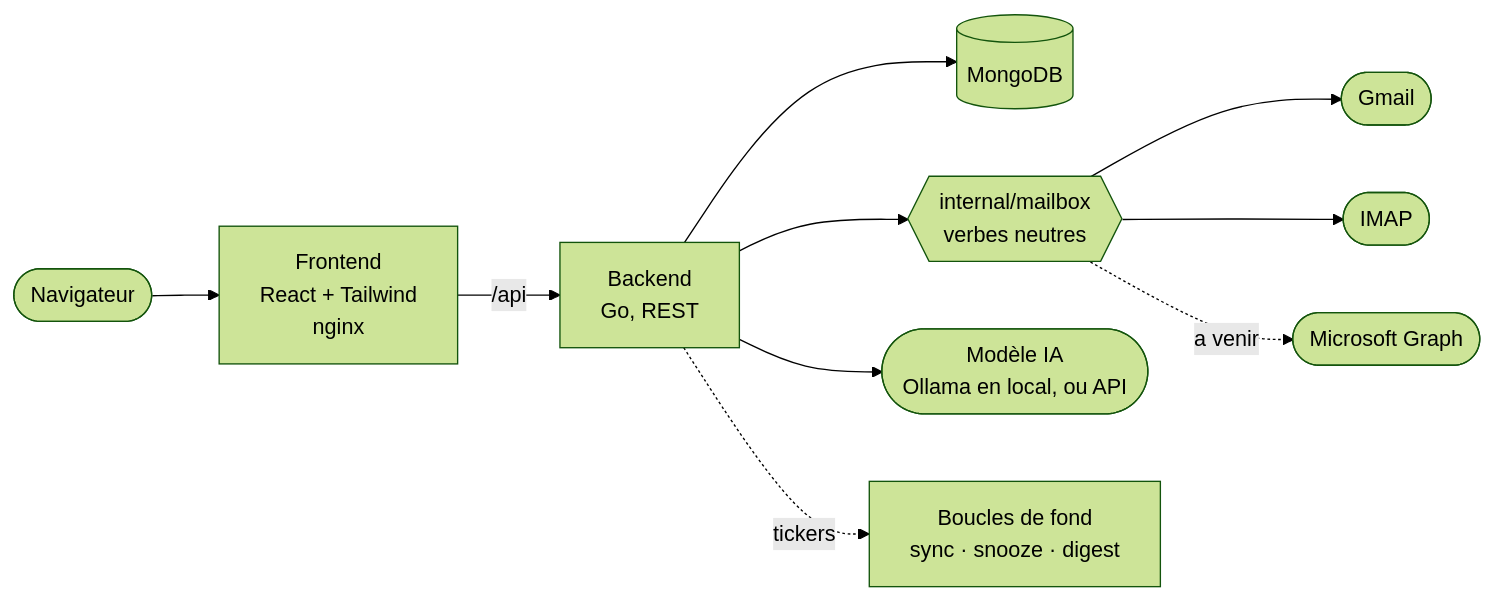
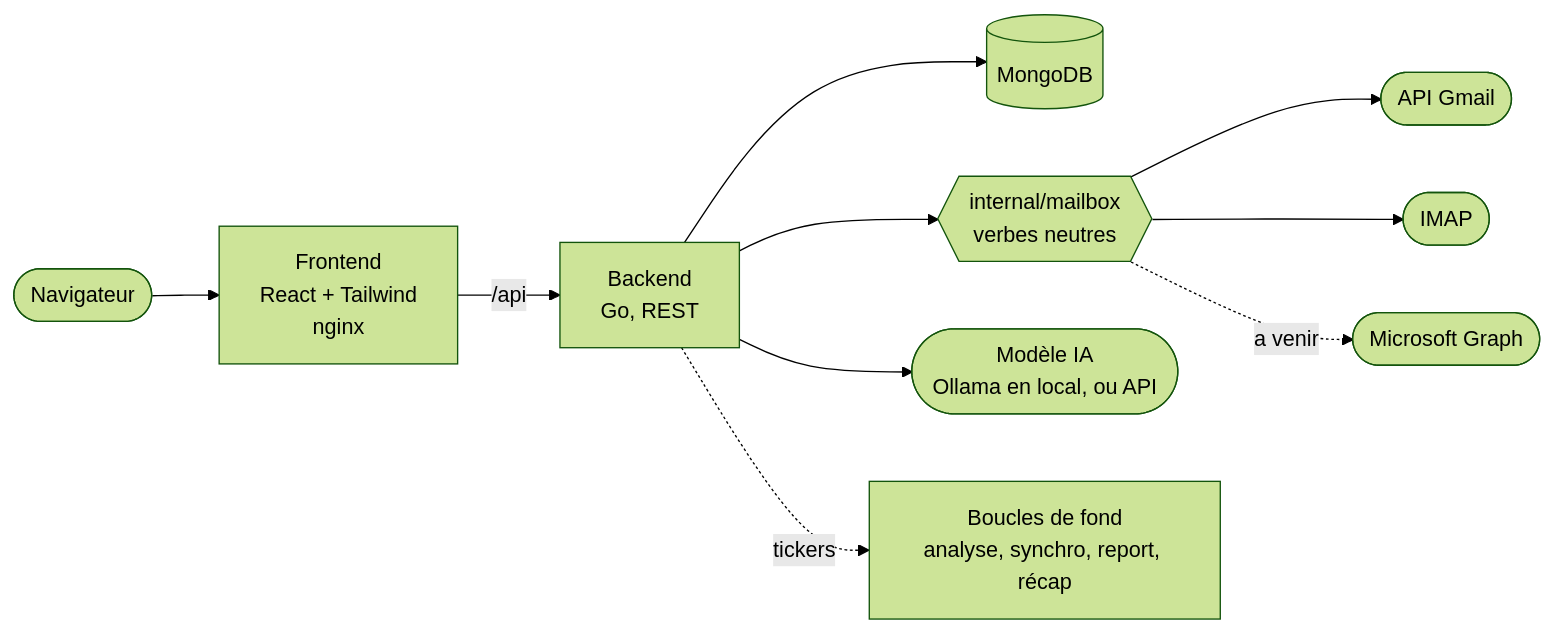
The diagram in README.md (nohe-sohbi/Mailsorter), drawn with Mermaid (forest theme) before and after one commit. The commit also changed other lines of this file and 119 other files, not shown here.

````diff
--- a/README.md
+++ b/README.md
@@ -201,12 +237,12 @@
 ```mermaid
 flowchart LR
   U([Navigateur]) --> F["Frontend<br/>React + Tailwind<br/>nginx"]
   F -->|"/api"| B["Backend<br/>Go, REST"]
   B --> M[("MongoDB")]
   B --> X{{"internal/mailbox<br/>verbes neutres"}}
-  X --> G([Gmail])
+  X --> G([API Gmail])
   X --> I([IMAP])
   X -.->|a venir| GR([Microsoft Graph])
   B --> AI(["Modèle IA<br/>Ollama en local, ou API"])
-  B -.->|tickers| S["Boucles de fond<br/>sync · snooze · digest"]
+  B -.->|tickers| S["Boucles de fond<br/>analyse, synchro, report, récap"]
 ```
````
